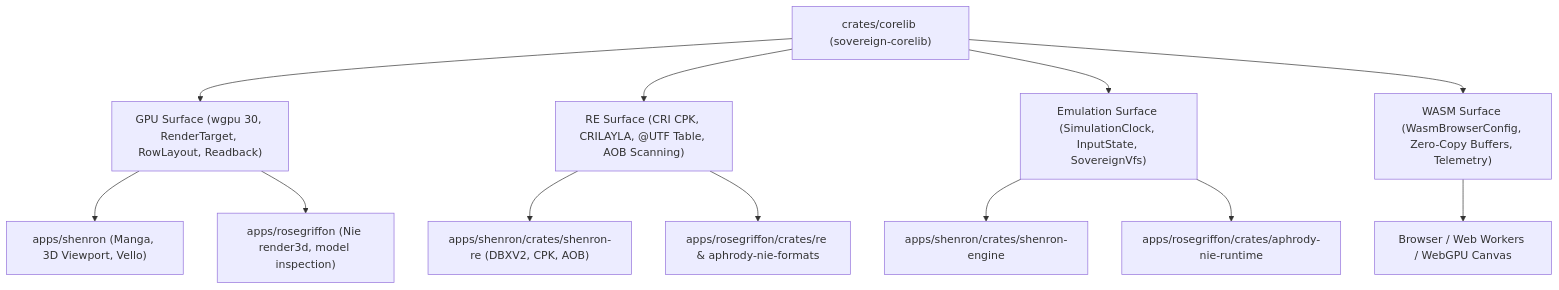
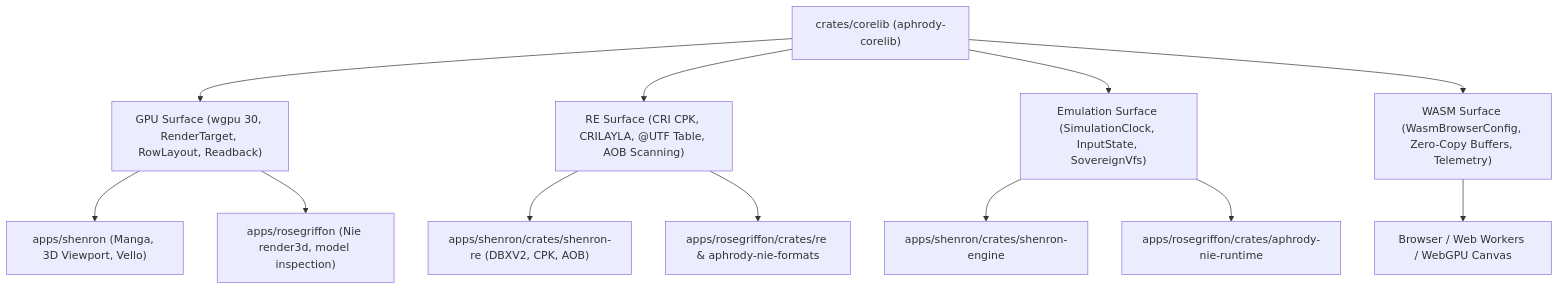
One commit to aphrody-dev/src changed the diagram in crates/corelib/README.md. Above: the diagram before and after it, drawn with Mermaid. The commit also changed other lines of this file and 84 other files, not shown here.

````diff
--- a/crates/corelib/README.md
+++ b/crates/corelib/README.md
@@ -9,19 +9,19 @@
 ```mermaid
 flowchart TD
-    Corelib["crates/corelib (sovereign-corelib)"]
+    Corelib["crates/corelib (aphrody-corelib)"]
     Corelib --> GPU["GPU Surface (wgpu 30, RenderTarget, RowLayout, Readback)"]
     Corelib --> RE["RE Surface (CRI CPK, CRILAYLA, @UTF Table, AOB Scanning)"]
     Corelib --> EMU["Emulation Surface (SimulationClock, InputState, SovereignVfs)"]
     Corelib --> WASM["WASM Surface (WasmBrowserConfig, Zero-Copy Buffers, Telemetry)"]
     
     GPU --> ShenronGPU["apps/shenron (Manga, 3D Viewport, Vello)"]
     GPU --> RoseGriffonGPU["apps/rosegriffon (Nie render3d, model inspection)"]
     
     RE --> ShenronRE["apps/shenron/crates/shenron-re (DBXV2, CPK, AOB)"]
     RE --> RoseGriffonRE["apps/rosegriffon/crates/re & aphrody-nie-formats"]
     
     EMU --> ShenronEngine["apps/shenron/crates/shenron-engine"]
     EMU --> RoseGriffonEngine["apps/rosegriffon/crates/aphrody-nie-runtime"]
     
     WASM --> WebClient["Browser / Web Workers / WebGPU Canvas"]
 ```
````
